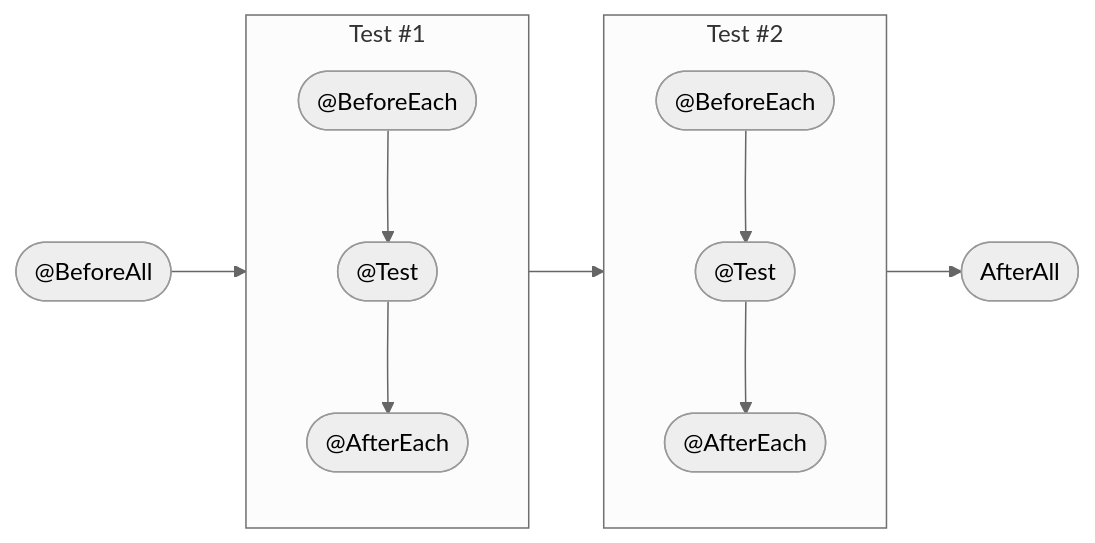
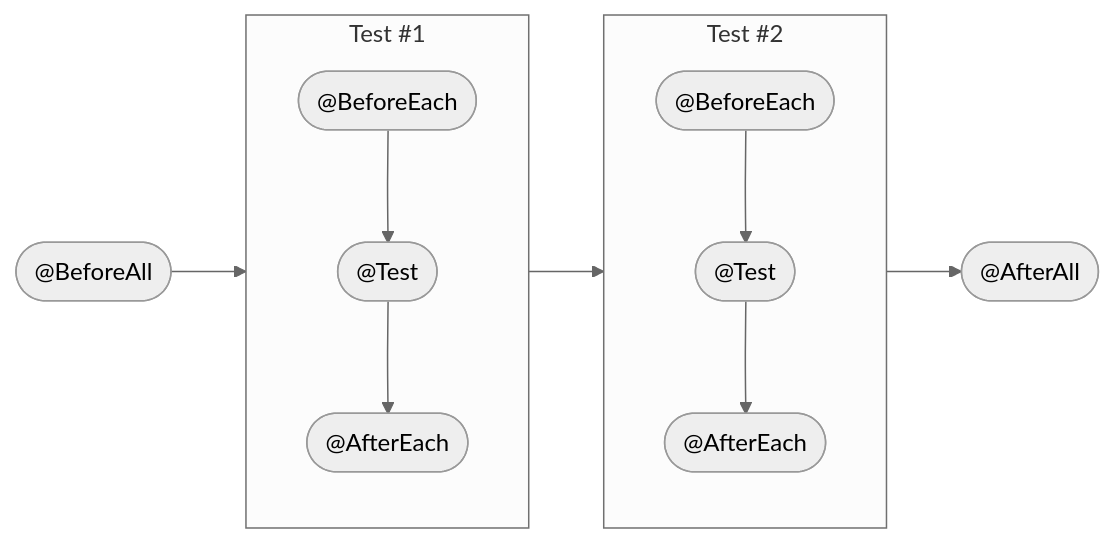
Before and after one commit to CaesarLi-WantToBeAFreeMan/programming-notes: the diagram in software testing/iv.junit5.md, drawn with Mermaid (neutral theme).

Commit message:
add lacked @

````diff
--- a/software testing/iv.junit5.md
+++ b/software testing/iv.junit5.md
@@ -38,22 +38,22 @@
 ```mermaid
     flowchart LR
     beforeAll(["@BeforeAll"])
 
     subgraph test1["Test #1"]
         direction TB
         beforeEach1(["@BeforeEach"]) -->
         testMethod1(["@Test"]) -->
         afterEach1(["@AfterEach"])
     end
 
     subgraph test2["Test #2"]
         direction TB
         beforeEach2(["@BeforeEach"]) -->
         testMethod2(["@Test"]) -->
         afterEach2(["@AfterEach"])
     end
 
-    afterAll(["AfterAll"])
+    afterAll(["@AfterAll"])
 
     beforeAll --> test1 --> test2 --> afterAll
 ```
````
